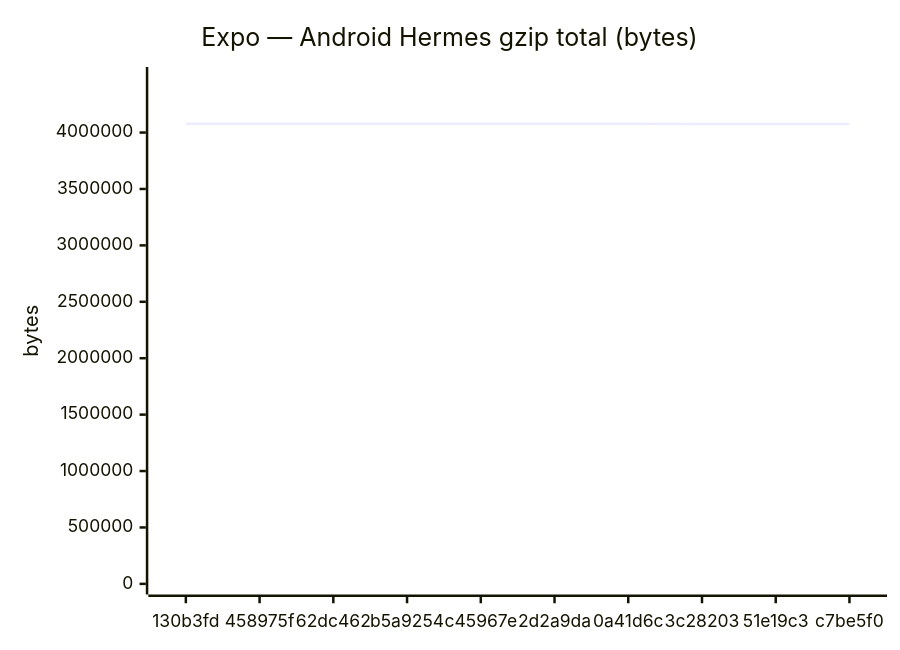
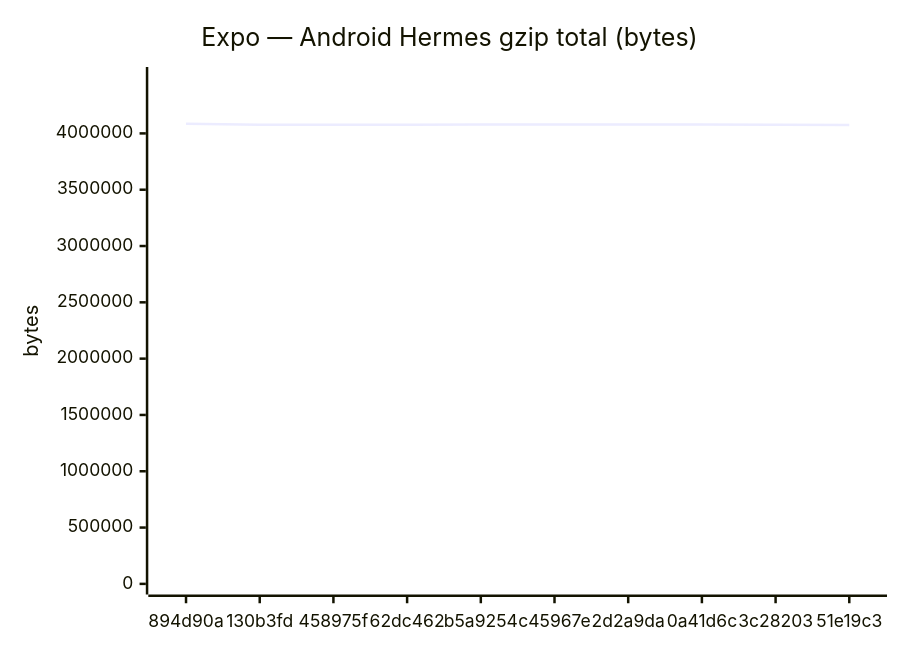
The fifth of 18 diagrams in benchmarks/compare.md (Metaheurist/Rianell), drawn with Mermaid before and after one commit. The commit also changed other lines of this file and 11 other files, not shown here.

````diff
--- a/benchmarks/compare.md
+++ b/benchmarks/compare.md
@@ -89,7 +89,7 @@
 ```mermaid
 xychart-beta
     title "Expo — Android Hermes gzip total (bytes)"
-    x-axis ["130b3fd", "458975f", "62dc462", "b5a9254", "c45967e", "2d2a9da", "0a41d6c", "3c28203", "51e19c3", "c7be5f0"]
-    y-axis "bytes" 0 --> 4486787
-    line [4077332, 4077341, 4077340, 4078885, 4078896, 4078895, 4078897, 4076071, 4075584, 4075582]
+    x-axis ["894d90a", "130b3fd", "458975f", "62dc462", "b5a9254", "c45967e", "2d2a9da", "0a41d6c", "3c28203", "51e19c3"]
+    y-axis "bytes" 0 --> 4495308
+    line [4086643, 4077332, 4077341, 4077340, 4078885, 4078896, 4078895, 4078897, 4076071, 4075584]
 ```
````
